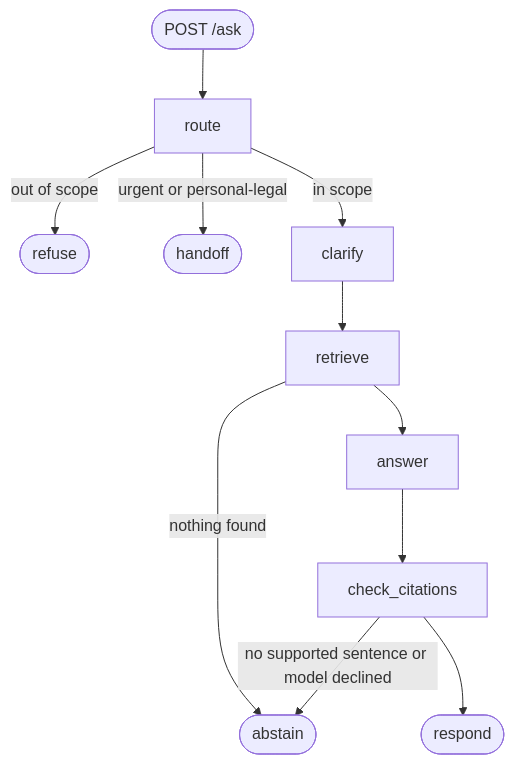
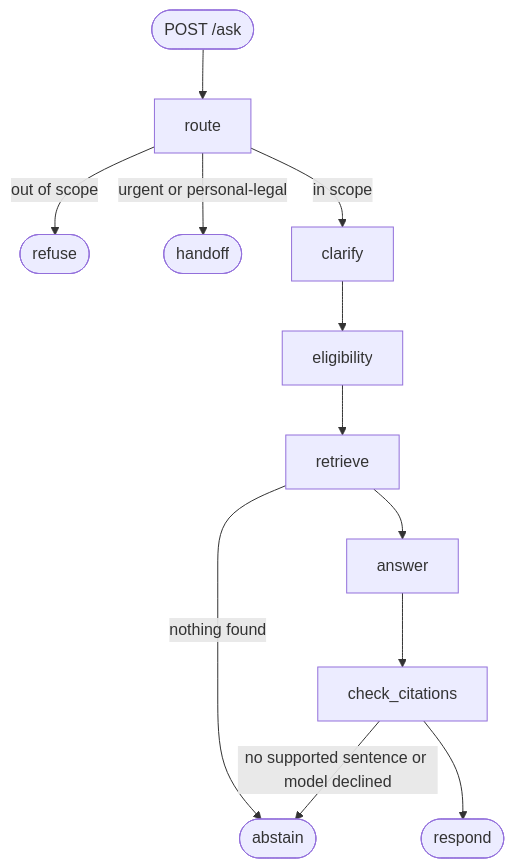
One commit to Walid-Birouk/PermiPath changed the diagram in docs/architecture.md. Above: the diagram before and after it, drawn with Mermaid. The commit also changed other lines of this file and 20 other files, not shown here.

````diff
--- a/docs/architecture.md
+++ b/docs/architecture.md
@@ -25,13 +26,14 @@
 ```mermaid
 flowchart TD
     Q([POST /ask]) --> route
     route -- out of scope --> refuse([refuse])
     route -- urgent or personal-legal --> handoff([handoff])
     route -- in scope --> clarify
-    clarify --> retrieve
+    clarify --> eligibility
+    eligibility --> retrieve
     retrieve -- nothing found --> abstain([abstain])
     retrieve --> answer
     answer --> check_citations
     check_citations -- no supported sentence or model declined --> abstain
     check_citations --> respond([respond])
 ```
````
